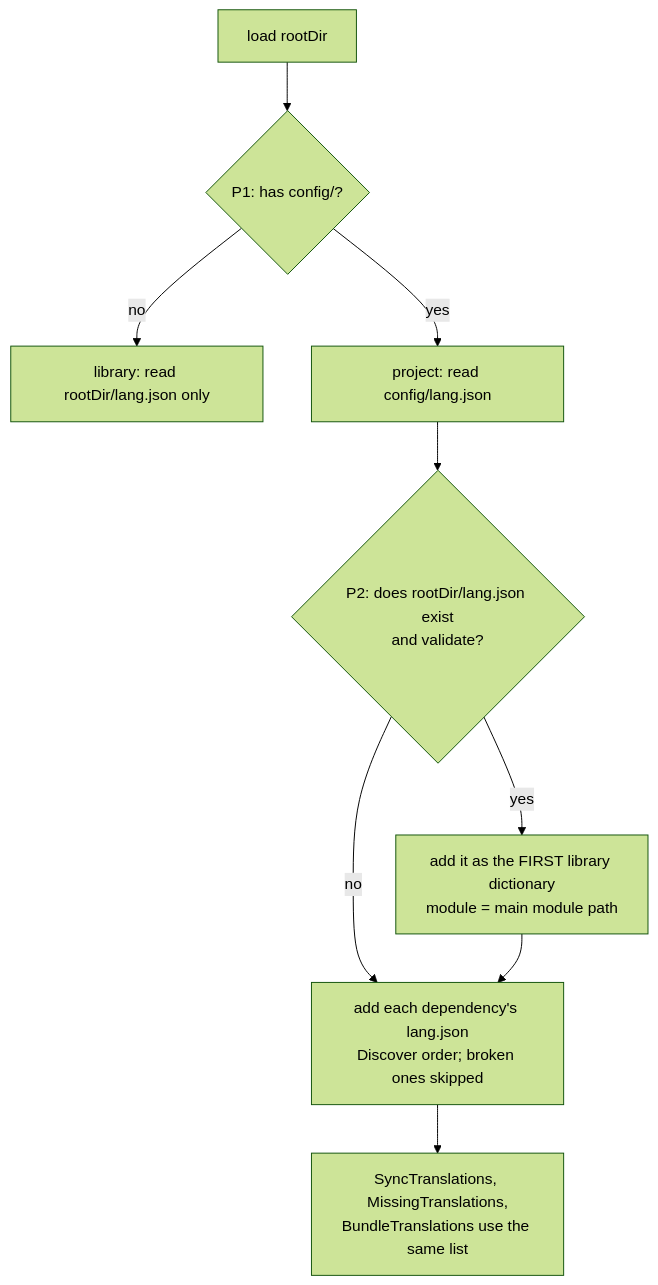
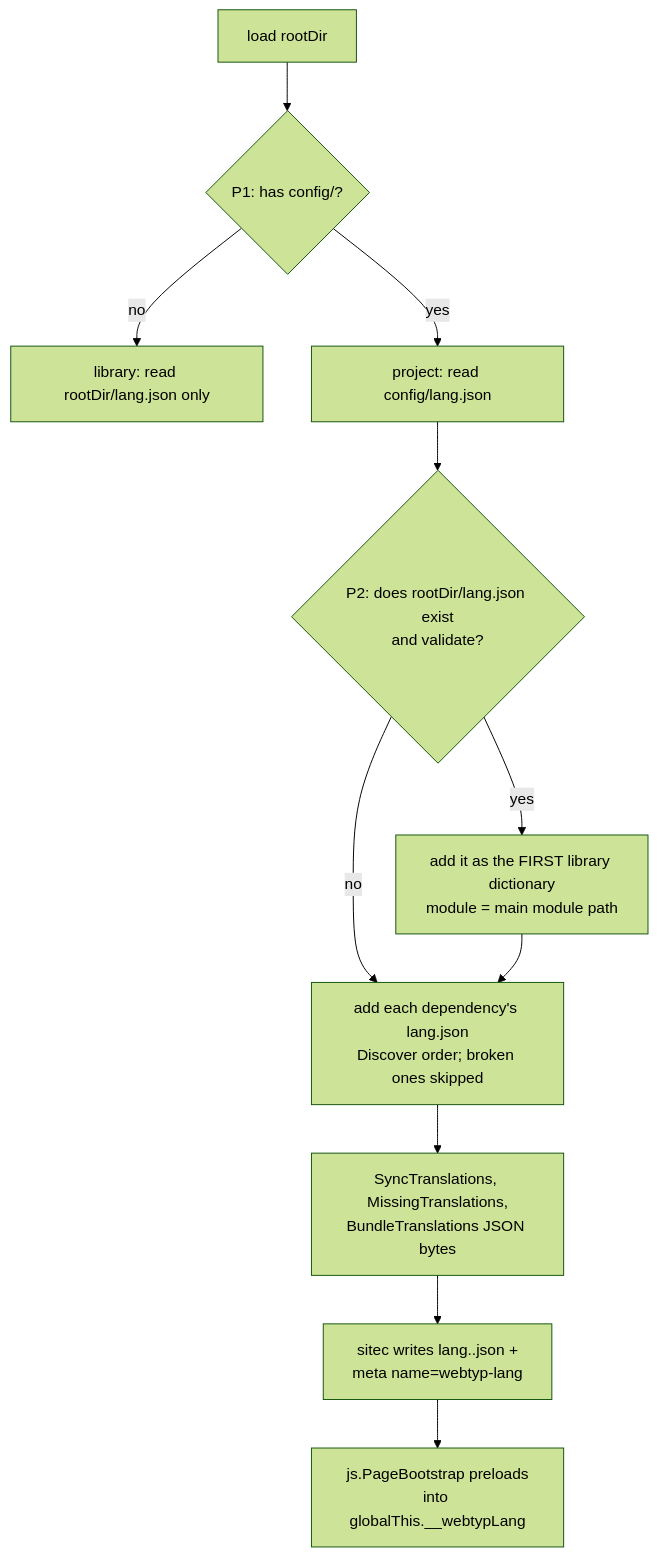
One commit to webtyp/lang changed the diagram in docs/diagrams/project_dictionaries.md. Above: the diagram before and after it, drawn with Mermaid (forest theme). The commit also changed 10 other files, not shown here.

First line of the commit message:
feat: external JSON dictionary via globalThis.__webtypLang and MetaName

````diff
--- a/docs/diagrams/project_dictionaries.md
+++ b/docs/diagrams/project_dictionaries.md
@@ -8,11 +8,13 @@
 ```mermaid
 flowchart TD
     A[load rootDir] --> P1{P1: has config/?}
     P1 -- no --> LIB[library: read rootDir/lang.json only]
     P1 -- yes --> PR[project: read config/lang.json]
     PR --> P2{P2: does rootDir/lang.json exist<br>and validate?}
     P2 -- yes --> OWN[add it as the FIRST library dictionary<br>module = main module path]
     P2 -- no --> DEPS
     OWN --> DEPS[add each dependency's lang.json<br>Discover order; broken ones skipped]
-    DEPS --> USE[SyncTranslations, MissingTranslations,<br>BundleTranslations use the same list]
+    DEPS --> USE[SyncTranslations, MissingTranslations,<br>BundleTranslations JSON bytes]
+    USE --> EXT[sitec writes lang.<hash>.json +<br>meta name=webtyp-lang]
+    EXT --> BOOT[js.PageBootstrap preloads<br>into globalThis.__webtypLang]
 ```
````
